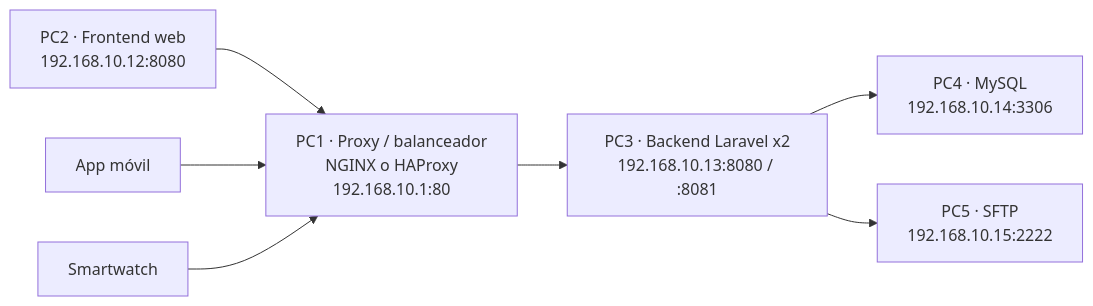
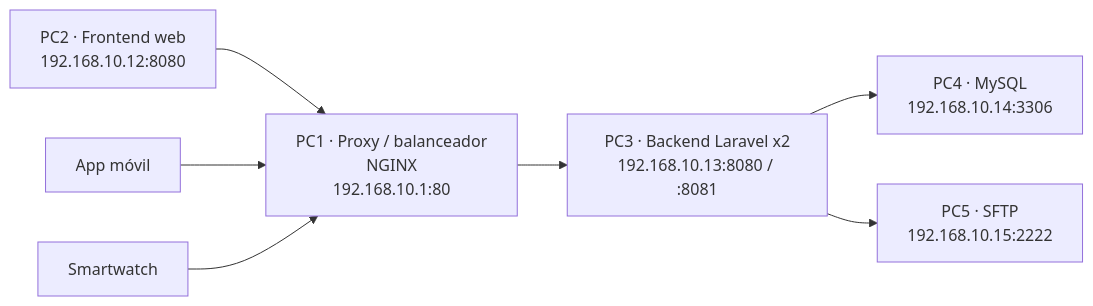
The diagram in docs/arquitectura/red.md (Alex-20KD/PrototipoModulo-php), drawn with Mermaid before and after one commit. The commit also changed other lines of this file, not shown here.

Commit message:
docs(arquitectura): aclara NGINX como proxy y documenta degradación de PC5

````diff
--- a/docs/arquitectura/red.md
+++ b/docs/arquitectura/red.md
@@ -20,18 +20,18 @@
 ```mermaid
 flowchart LR
   WEB["PC2 · Frontend web<br/>192.168.10.12:8080"]
   MOV["App móvil"]
   SW["Smartwatch"]
 
-  PC1["PC1 · Proxy / balanceador<br/>NGINX o HAProxy<br/>192.168.10.1:80"]
+  PC1["PC1 · Proxy / balanceador<br/>NGINX<br/>192.168.10.1:80"]
   PC3["PC3 · Backend Laravel x2<br/>192.168.10.13:8080 / :8081"]
   PC4["PC4 · MySQL<br/>192.168.10.14:3306"]
   PC5["PC5 · SFTP<br/>192.168.10.15:2222"]
 
   WEB --> PC1
   MOV --> PC1
   SW --> PC1
   PC1 --> PC3
   PC3 --> PC4
   PC3 --> PC5
 ```
````
